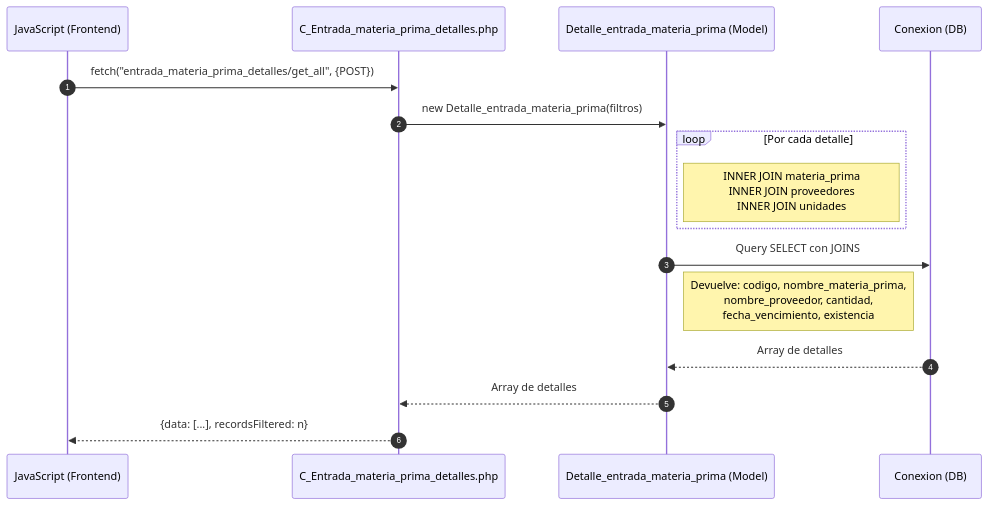
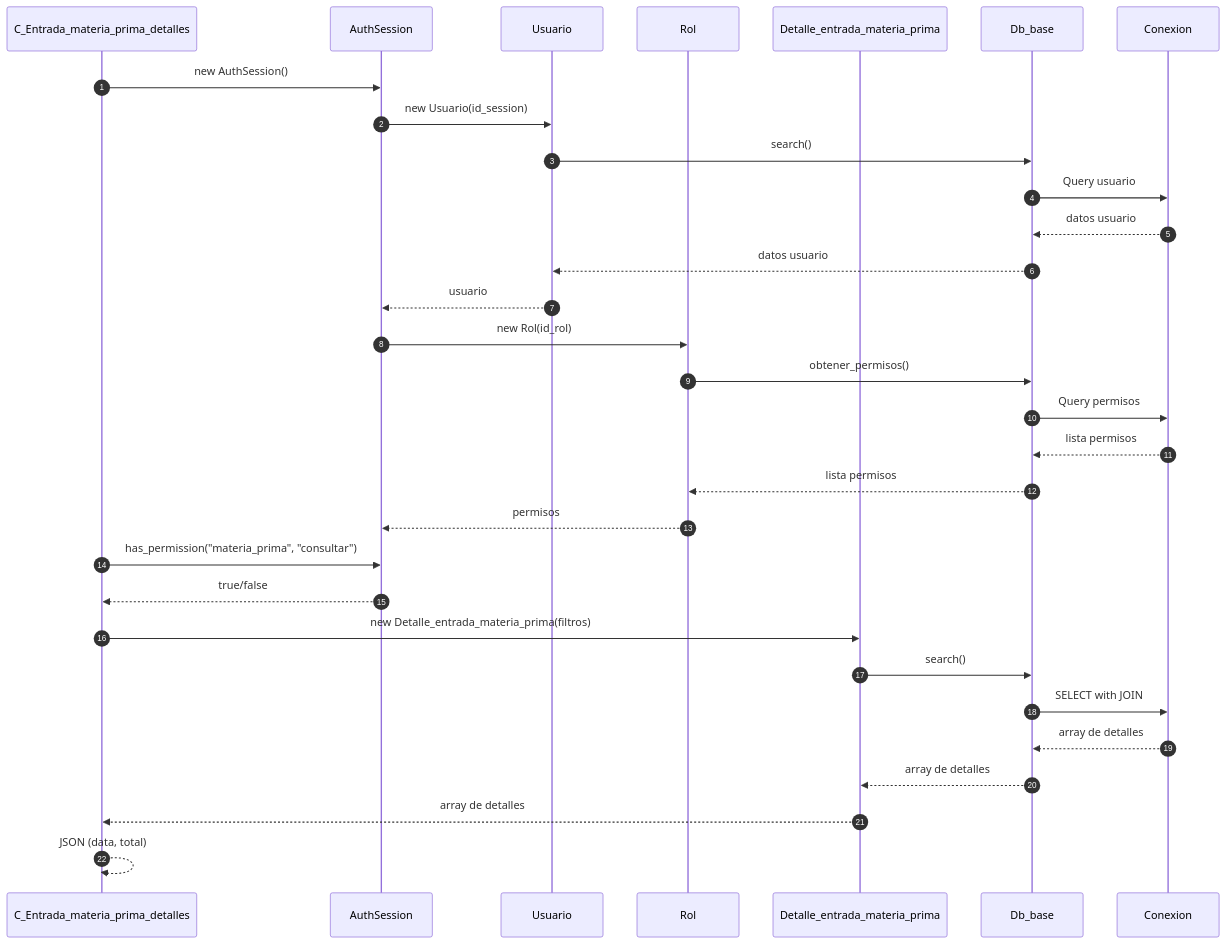
One commit to Tecrato/BurgerHouse changed the third of 5 diagrams in docs/secuencia/materia_prima/materia_prima.md. Above: the diagram before and after it, drawn with Mermaid. The commit also changed other lines of this file and 13 other files, not shown here.

First line of the commit message:
diagramas actualizaos

````diff
--- a/docs/secuencia/materia_prima/materia_prima.md
+++ b/docs/secuencia/materia_prima/materia_prima.md
@@ -65,23 +102,38 @@
 ```mermaid
 sequenceDiagram
     autonumber
-    participant JS as JavaScript (Frontend)
-    participant C_Entrada_mp_det as C_Entrada_materia_prima_detalles.php
-    participant Detalle_mp as Detalle_entrada_materia_prima (Model)
-    participant DB as Conexion (DB)
+    participant C_Entrada_mp_det as C_Entrada_materia_prima_detalles
+    participant AuthSession as AuthSession
+    participant Usuario as Usuario
+    participant Rol as Rol
+    participant Detalle_mp as Detalle_entrada_materia_prima
+    participant Db_base as Db_base
+    participant Conexion as Conexion
     
-    JS->>C_Entrada_mp_det: fetch("entrada_materia_prima_detalles/get_all", {POST})
+    C_Entrada_mp_det->>AuthSession: new AuthSession()
+    AuthSession->>Usuario: new Usuario(id_session)
+    Usuario->>Db_base: search()
+    Db_base->>Conexion: Query usuario
+    Conexion-->>Db_base: datos usuario
+    Db_base-->>Usuario: datos usuario
+    Usuario-->>AuthSession: usuario
+    
+    AuthSession->>Rol: new Rol(id_rol)
+    Rol->>Db_base: obtener_permisos()
+    Db_base->>Conexion: Query permisos
+    Conexion-->>Db_base: lista permisos
+    Db_base-->>Rol: lista permisos
+    Rol-->>AuthSession: permisos
+    
+    C_Entrada_mp_det->>AuthSession: has_permission("materia_prima", "consultar")
+    AuthSession-->>C_Entrada_mp_det: true/false
     
     C_Entrada_mp_det->>Detalle_mp: new Detalle_entrada_materia_prima(filtros)
+    Detalle_mp->>Db_base: search()
+    Db_base->>Conexion: SELECT with JOIN
+    Conexion-->>Db_base: array de detalles
+    Db_base-->>Detalle_mp: array de detalles
+    Detalle_mp-->>C_Entrada_mp_det: array de detalles
     
-    loop Por cada detalle
-        Note right of Detalle_mp: INNER JOIN materia_prima<br/>INNER JOIN proveedores<br/>INNER JOIN unidades
-    end
-    
-    Detalle_mp->>DB: Query SELECT con JOINS
-    Note right of Detalle_mp: Devuelve: codigo, nombre_materia_prima,<br/>nombre_proveedor, cantidad,<br/>fecha_vencimiento, existencia
-    DB-->>Detalle_mp: Array de detalles
-    Detalle_mp-->>C_Entrada_mp_det: Array de detalles
-    
-    C_Entrada_mp_det-->>JS: {data: [...], recordsFiltered: n}
+    C_Entrada_mp_det-->>C_Entrada_mp_det: JSON (data, total)
 ```
````
